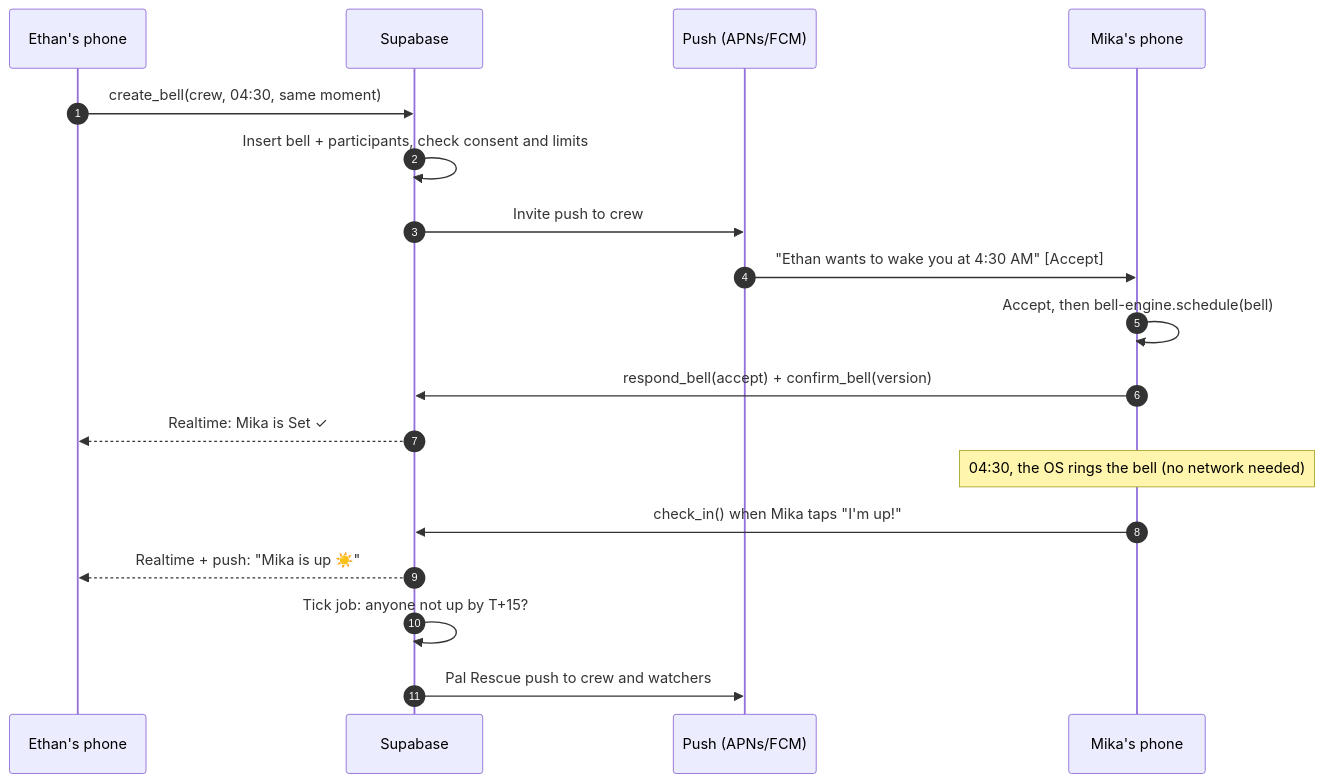
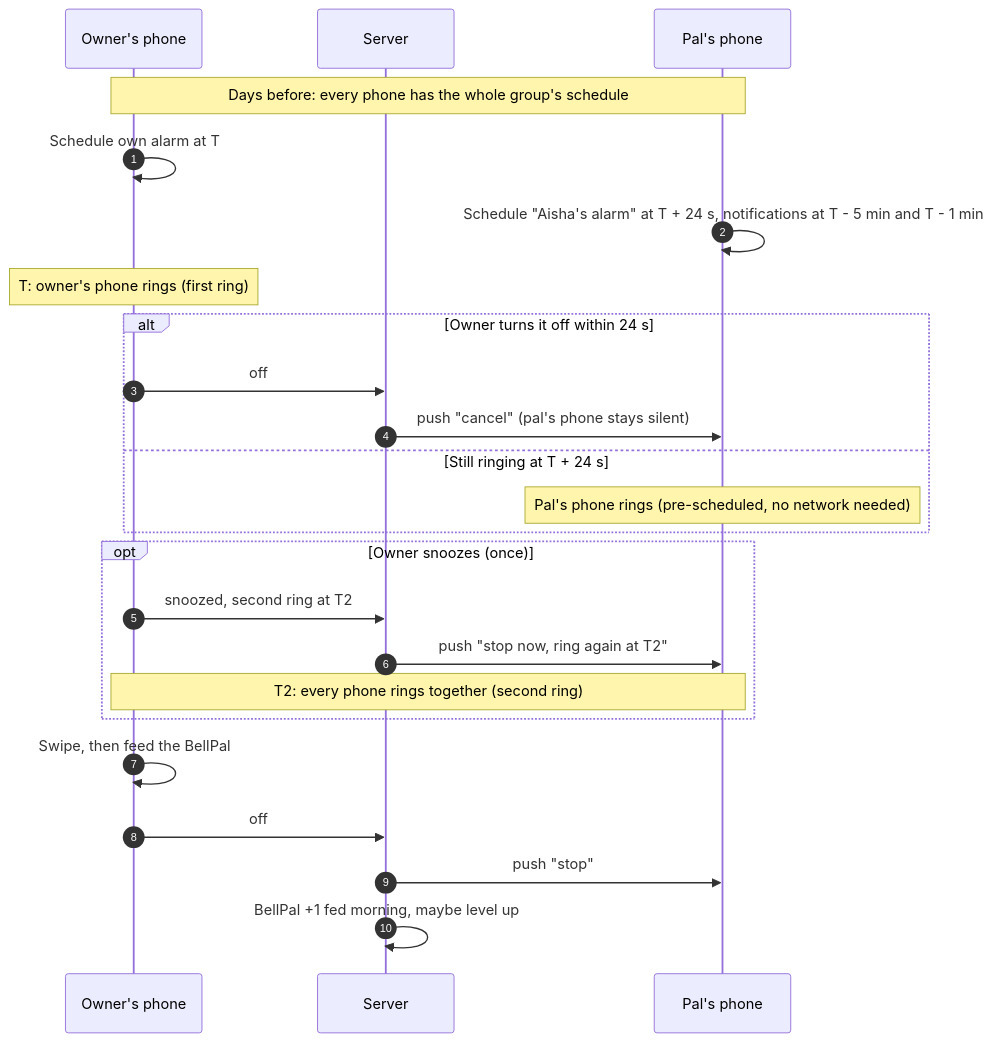
The diagram in docs/ARCHITECTURE.md (designmagic-sg/bellpals), drawn with Mermaid before and after one commit. The commit also changed other lines of this file and 57 other files, not shown here.

````diff
--- a/docs/ARCHITECTURE.md
+++ b/docs/ARCHITECTURE.md
@@ -163,20 +22,26 @@
 ```mermaid
 sequenceDiagram
   autonumber
-  participant E as Ethan's phone
-  participant S as Supabase
-  participant P as Push (APNs/FCM)
-  participant M as Mika's phone
-  E->>S: create_bell(crew, 04:30, same moment)
-  S->>S: Insert bell + participants, check consent and limits
-  S->>P: Invite push to crew
-  P->>M: "Ethan wants to wake you at 4:30 AM" [Accept]
-  M->>M: Accept, then bell-engine.schedule(bell)
-  M->>S: respond_bell(accept) + confirm_bell(version)
-  S-->>E: Realtime: Mika is Set ✓
-  Note over M: 04:30, the OS rings the bell (no network needed)
-  M->>S: check_in() when Mika taps "I'm up!"
-  S-->>E: Realtime + push: "Mika is up ☀️"
-  S->>S: Tick job: anyone not up by T+15?
-  S->>P: Pal Rescue push to crew and watchers
+  participant O as Owner's phone
+  participant S as Server
+  participant P as Pal's phone
+  Note over O,P: Days before: every phone has the whole group's schedule
+  O->>O: Schedule own alarm at T
+  P->>P: Schedule "Aisha's alarm" at T + 24 s, notifications at T - 5 min and T - 1 min
+  Note over O: T: owner's phone rings (first ring)
+  alt Owner turns it off within 24 s
+    O->>S: off
+    S->>P: push "cancel" (pal's phone stays silent)
+  else Still ringing at T + 24 s
+    Note over P: Pal's phone rings (pre-scheduled, no network needed)
+  end
+  opt Owner snoozes (once)
+    O->>S: snoozed, second ring at T2
+    S->>P: push "stop now, ring again at T2"
+    Note over O,P: T2: every phone rings together (second ring)
+  end
+  O->>O: Swipe, then feed the BellPal
+  O->>S: off
+  S->>P: push "stop"
+  S->>S: BellPal +1 fed morning, maybe level up
 ```
````
